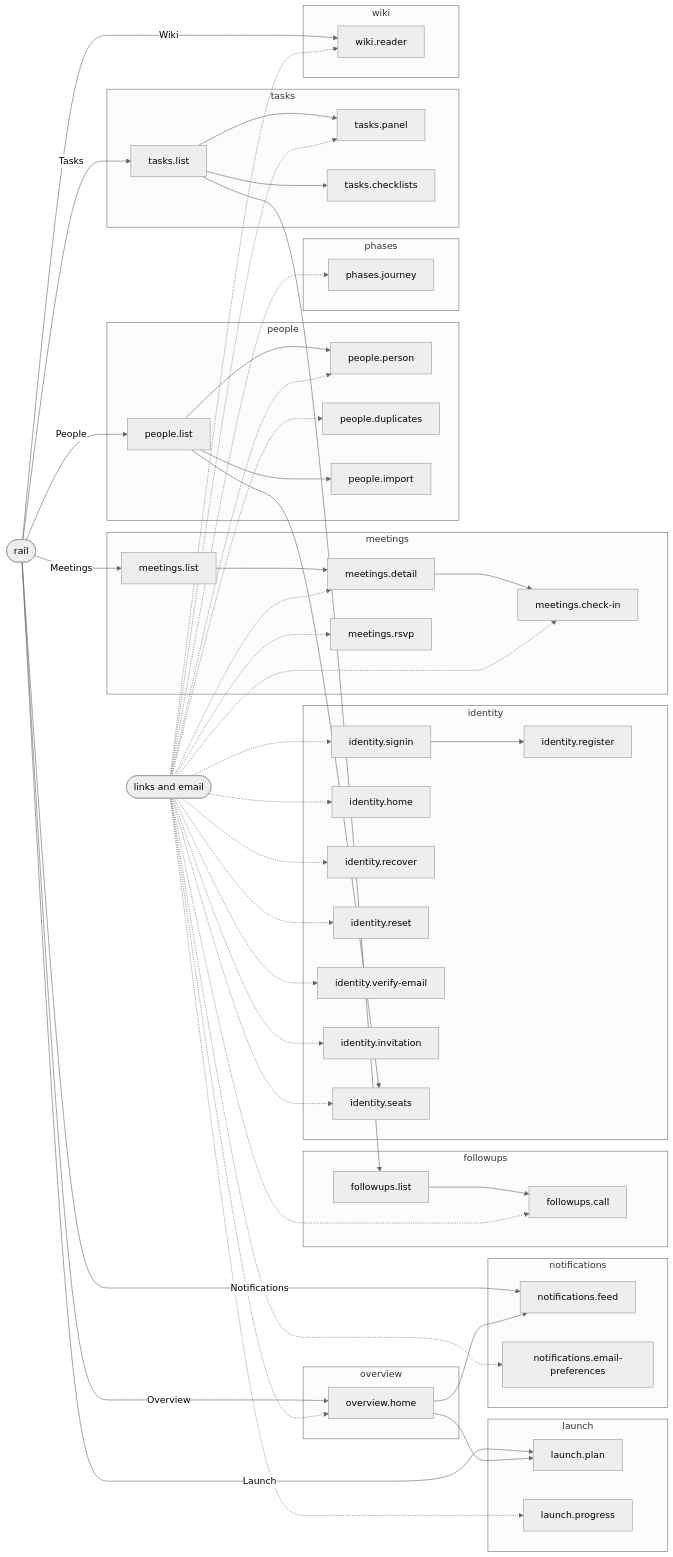
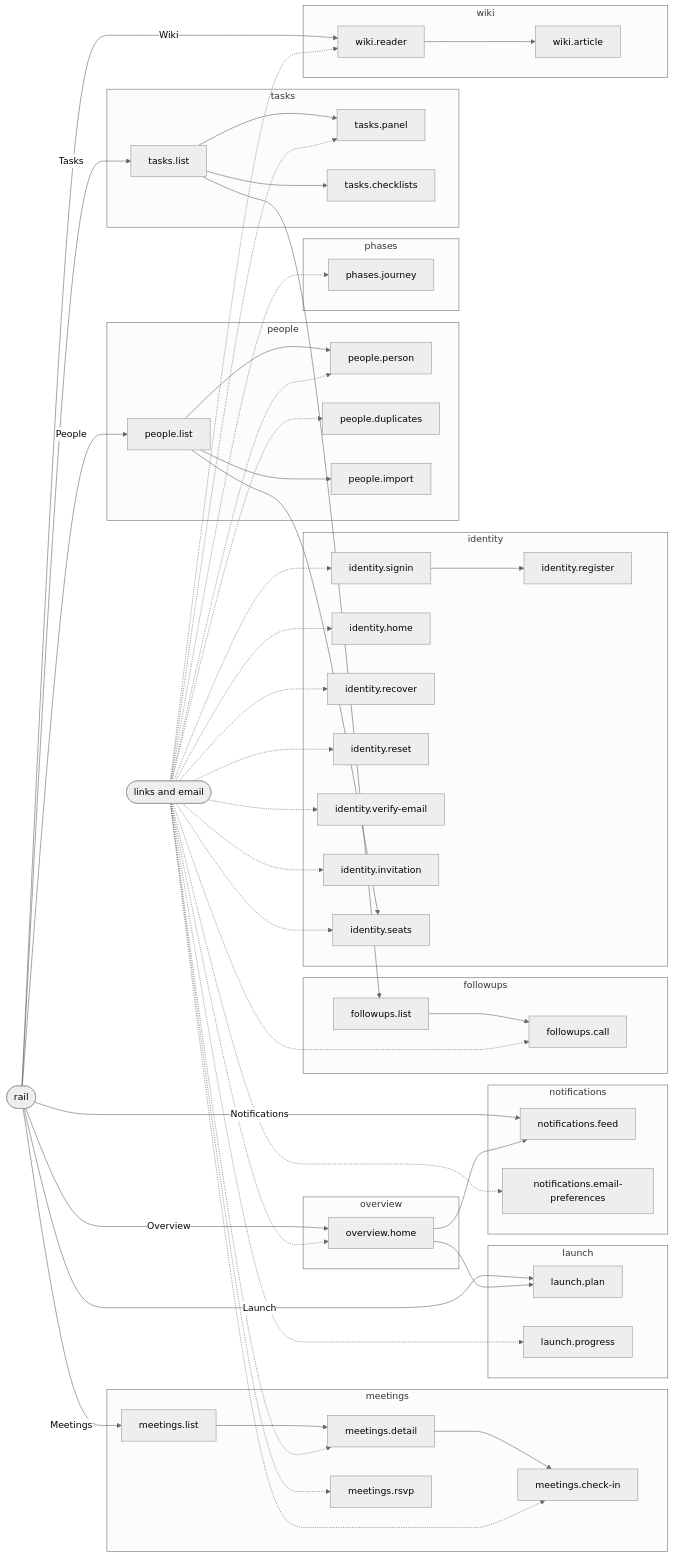
One commit to SebastianGarces/everyfield changed the diagram in docs/feature-maps/README.md. Above: the diagram before and after it, drawn with Mermaid (neutral theme). The commit also changed other lines of this file and 6 other files, not shown here.

````diff
--- a/docs/feature-maps/README.md
+++ b/docs/feature-maps/README.md
@@ -59,6 +59,7 @@
   end
   subgraph f9["wiki"]
     f9s0["wiki.reader"]
+    f9s1["wiki.article"]
   end
   f8s0 --> f0s0
   f0s0 --> f0s1
@@ -98,4 +99,5 @@
   f8s0 --> f8s2
   rail -- "Wiki" --> f9s0
   links -.-> f9s0
+  f9s0 --> f9s1
 ```
````
